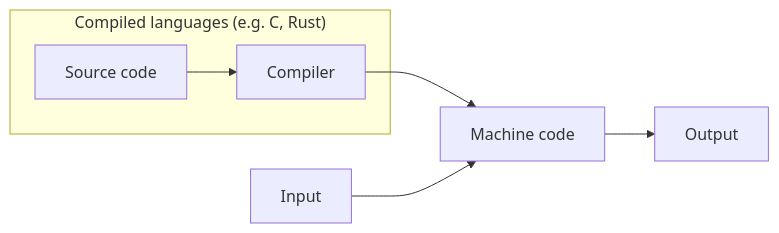
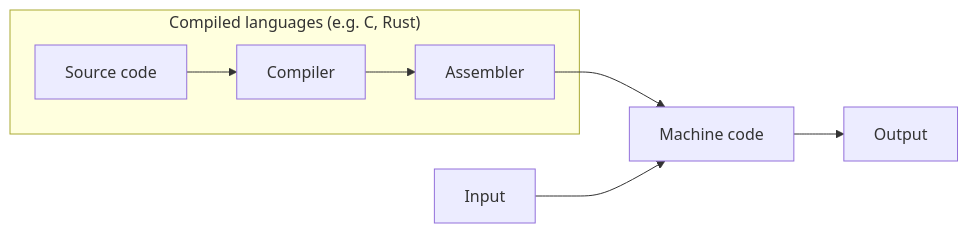
Before and after one commit to GAMR1520/GAMR1520: the first of 3 diagrams in _lectures/introduction.md, drawn with Mermaid. The commit also changed other lines of this file and 1 other file, not shown here.

```diff
--- a/_lectures/introduction.md
+++ b/_lectures/introduction.md
@@ -75,9 +75,10 @@
     <div class="mermaid">
     flowchart LR;
         subgraph compiled ["Compiled languages (e.g. C, Rust)"]
             source["Source code"]-->compiler[Compiler]
+            compiler[Compiler]-->assembler["Assembler"]
         end
-        compiler[Compiler]-->machinecode["Machine code"]
+        assembler-->machinecode["Machine code"]
         input[Input]-->machinecode
         machinecode-->output[Output]
     </div>
```
